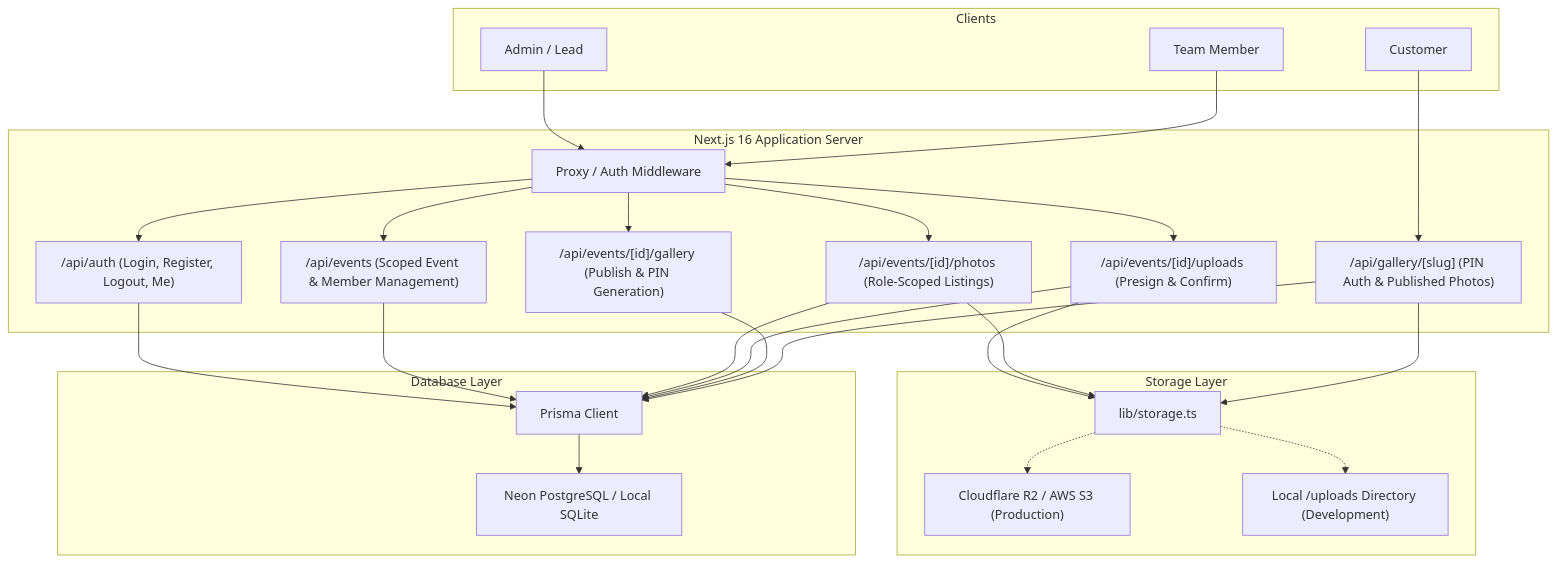
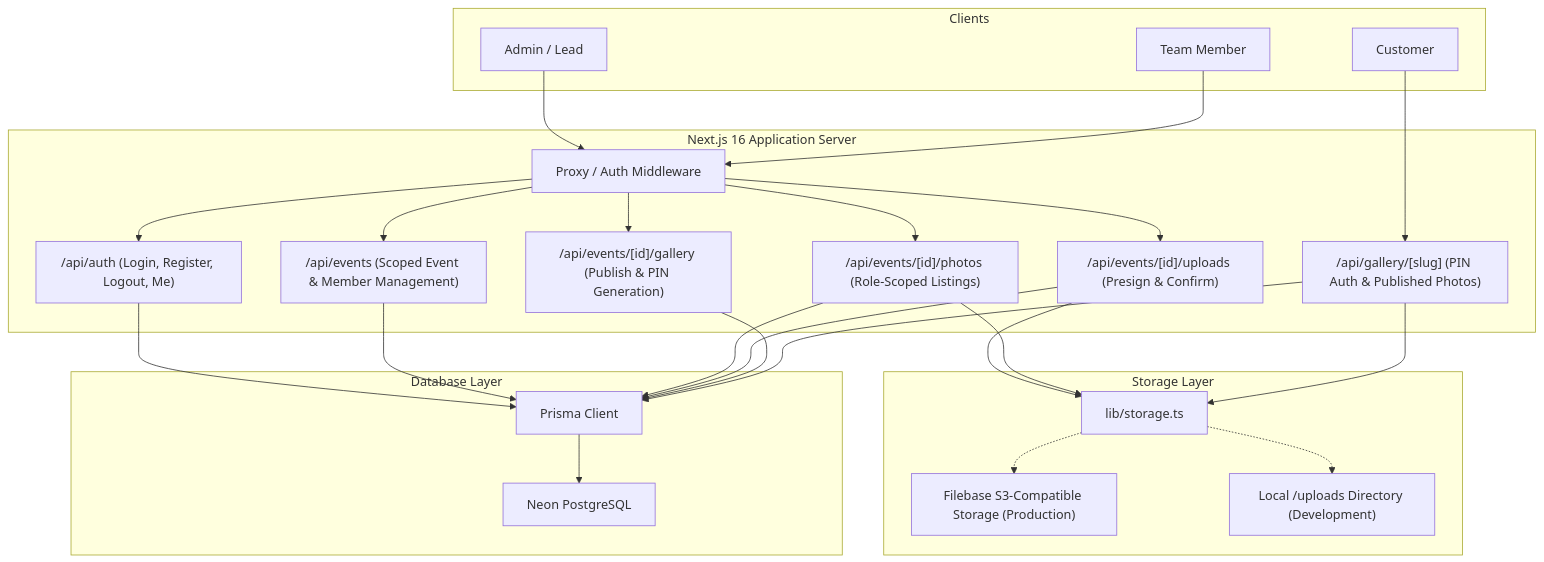
Before and after one commit to surendra902/trizen-photo-share: the first of 2 diagrams in README.md, drawn with Mermaid. The commit also changed other lines of this file and 3 other files, not shown here.

First line of the commit message:
feat(storage): use Filebase S3-compatible object storage

````diff
--- a/README.md
+++ b/README.md
@@ -38,55 +38,55 @@
 ```mermaid
 graph TD
     subgraph Clients
         AdminUser[Admin / Lead]
         TeamUser[Team Member]
         CustomerUser[Customer]
     end
 
     subgraph "Next.js 16 Application Server"
         Middleware[Proxy / Auth Middleware]
         AuthAPI["/api/auth (Login, Register, Logout, Me)"]
         EventsAPI["/api/events (Scoped Event & Member Management)"]
         PhotosAPI["/api/events/[id]/photos (Role-Scoped Listings)"]
         UploadsAPI["/api/events/[id]/uploads (Presign & Confirm)"]
         GalleryAPI["/api/events/[id]/gallery (Publish & PIN Generation)"]
         CustomerAPI["/api/gallery/[slug] (PIN Auth & Published Photos)"]
     end
 
     subgraph "Storage Layer"
         StorageAdapter["lib/storage.ts"]
-        S3Bucket["Cloudflare R2 / AWS S3 (Production)"]
+        S3Bucket["Filebase S3-Compatible Storage (Production)"]
         LocalFS["Local /uploads Directory (Development)"]
     end
 
     subgraph "Database Layer"
         PrismaClient["Prisma Client"]
-        Database["Neon PostgreSQL / Local SQLite"]
+        Database["Neon PostgreSQL"]
     end
 
     AdminUser --> Middleware
     TeamUser --> Middleware
     CustomerUser --> CustomerAPI
 
     Middleware --> AuthAPI
     Middleware --> EventsAPI
     Middleware --> PhotosAPI
     Middleware --> UploadsAPI
     Middleware --> GalleryAPI
 
     UploadsAPI --> StorageAdapter
     PhotosAPI --> StorageAdapter
     CustomerAPI --> StorageAdapter
 
     StorageAdapter -.-> S3Bucket
     StorageAdapter -.-> LocalFS
 
     AuthAPI --> PrismaClient
     EventsAPI --> PrismaClient
     PhotosAPI --> PrismaClient
     UploadsAPI --> PrismaClient
     GalleryAPI --> PrismaClient
     CustomerAPI --> PrismaClient
 
     PrismaClient --> Database
 ```
````
